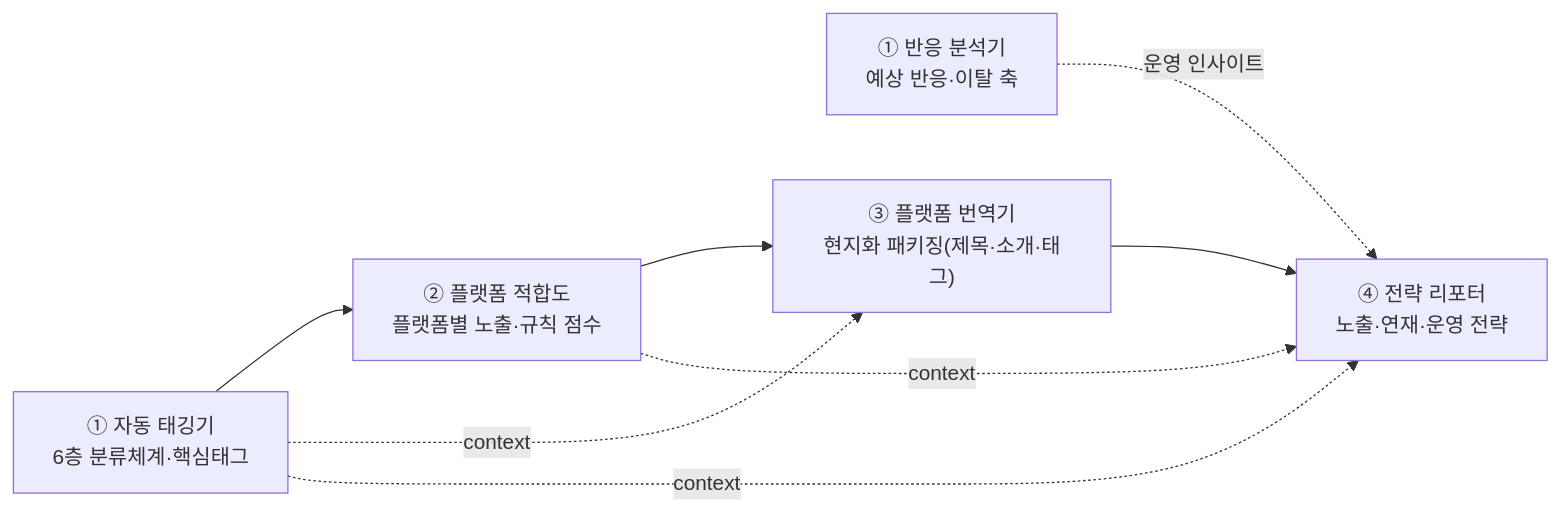
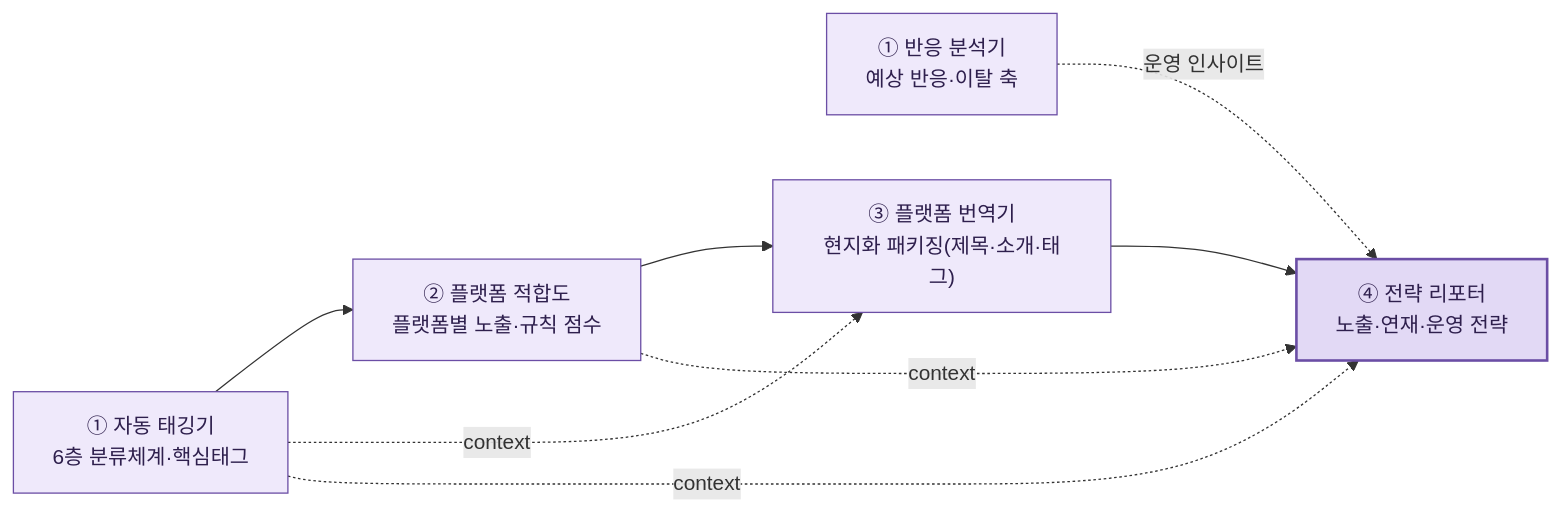
The fourth of 7 diagrams in README.md (swparklab/webnovel-ip-agent), drawn with Mermaid before and after one commit. The commit also changed other lines of this file, not shown here.

First line of the commit message:
docs: 워크플로우 도면 FIG.1~7에 계층별 색상(classDef) 적용

````diff
--- a/README.md
+++ b/README.md
@@ -129,13 +179,18 @@
 ```mermaid
 flowchart LR
     T["① 자동 태깅기<br/>6층 분류체계·핵심태그"]
     Rx["① 반응 분석기<br/>예상 반응·이탈 축"]
     Fi["② 플랫폼 적합도<br/>플랫폼별 노출·규칙 점수"]
     Pk["③ 플랫폼 번역기<br/>현지화 패키징(제목·소개·태그)"]
     St["④ 전략 리포터<br/>노출·연재·운영 전략"]
     T --> Fi --> Pk --> St
     T -. context .-> Pk
     T -. context .-> St
     Fi -. context .-> St
     Rx -. 운영 인사이트 .-> St
+
+    classDef ops fill:#efe9fb,stroke:#6b4ea5,color:#2e1f4d
+    classDef opsHi fill:#e2d9f5,stroke:#6b4ea5,stroke-width:2px,color:#2e1f4d
+    class T,Rx,Fi,Pk ops
+    class St opsHi
 ```
````
